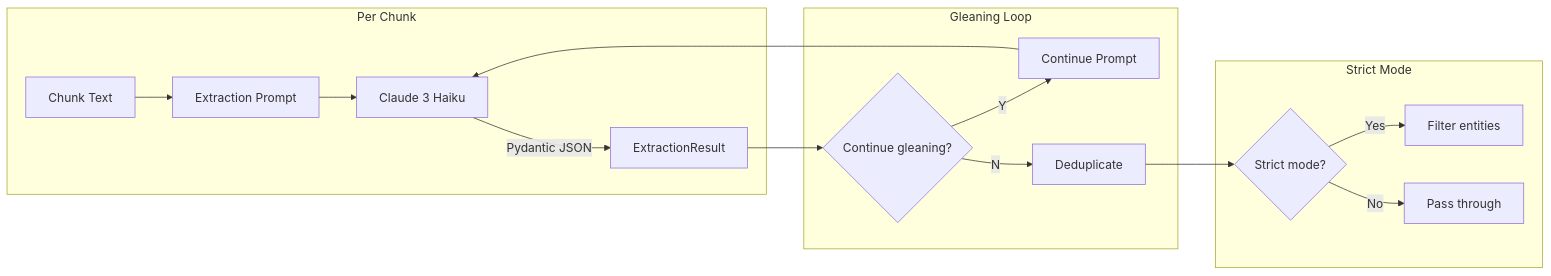
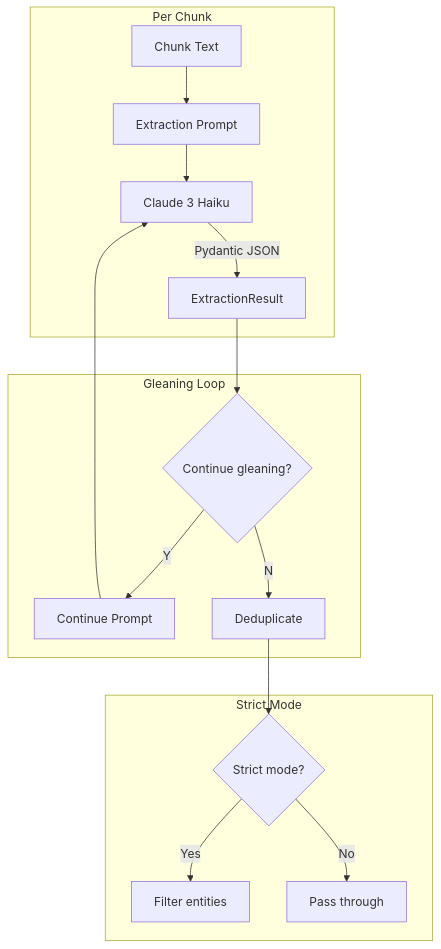
One commit to crlsrmrlsz/raglab changed the third of 8 diagrams in memory-bank/graphrag/graphrag_raglab_implementation.md. Above: the diagram before and after it, drawn with Mermaid.

Commit message:
docs(graphrag): change extraction process diagram to vertical layout
Changed flowchart LR to flowchart TB for better readability.

````diff
--- a/memory-bank/graphrag/graphrag_raglab_implementation.md
+++ b/memory-bank/graphrag/graphrag_raglab_implementation.md
@@ -180,21 +180,21 @@
 ```mermaid
-flowchart LR
+flowchart TB
     subgraph Chunk["Per Chunk"]
         TEXT[Chunk Text] --> PROMPT["Extraction Prompt"]
         PROMPT --> LLM["Claude 3 Haiku"]
         LLM --> |Pydantic JSON| RESULT["ExtractionResult"]
     end
 
     subgraph Gleaning["Gleaning Loop"]
         RESULT --> CHECK{"Continue gleaning?"}
         CHECK --> |Y| CONTINUE["Continue Prompt"]
         CONTINUE --> LLM
         CHECK --> |N| DEDUP["Deduplicate"]
     end
 
     subgraph Filter["Strict Mode"]
         DEDUP --> STRICT{"Strict mode?"}
         STRICT --> |Yes| FILTER["Filter entities"]
         STRICT --> |No| PASS[Pass through]
     end
 ```
````
